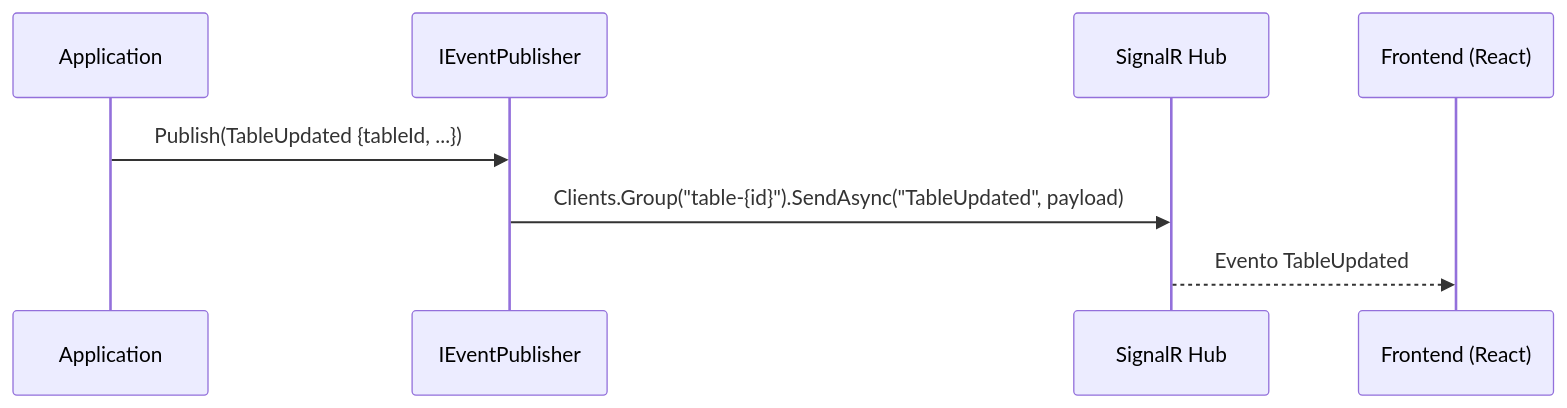
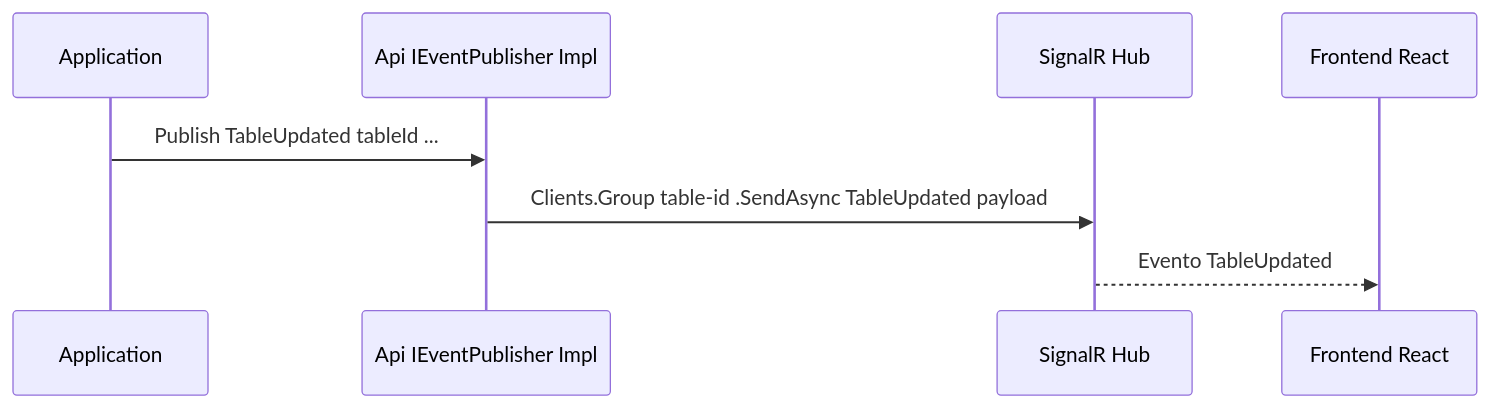
The third of 6 diagrams in ROADMAP.md (MarcSastreViB/pocker), drawn with Mermaid before and after one commit. The commit also changed other lines of this file, not shown here.

First line of the commit message:
Actualizar ROADMAP con revisiones y detalles adicionales

````diff
--- a/ROADMAP.md
+++ b/ROADMAP.md
@@ -241,11 +276,11 @@
 ```mermaid
 sequenceDiagram
   participant APP as Application
-  participant PUB as IEventPublisher
+  participant PUB as Api IEventPublisher Impl
   participant HUB as SignalR Hub
-  participant FE as Frontend (React)
+  participant FE as Frontend React
 
-  APP->>PUB: Publish(TableUpdated {tableId, ...})
-  PUB->>HUB: Clients.Group("table-{id}").SendAsync("TableUpdated", payload)
+  APP->>PUB: Publish TableUpdated tableId ...
+  PUB->>HUB: Clients.Group table-id .SendAsync TableUpdated payload
   HUB-->>FE: Evento TableUpdated
 ```
````
